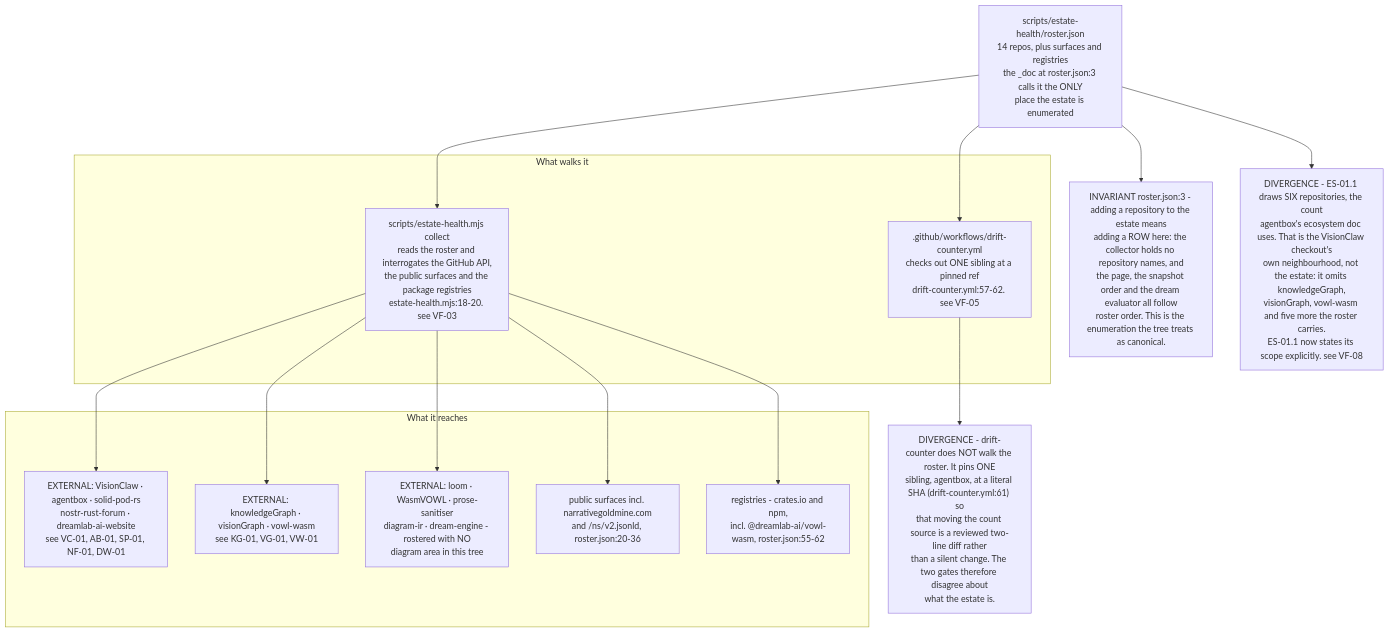
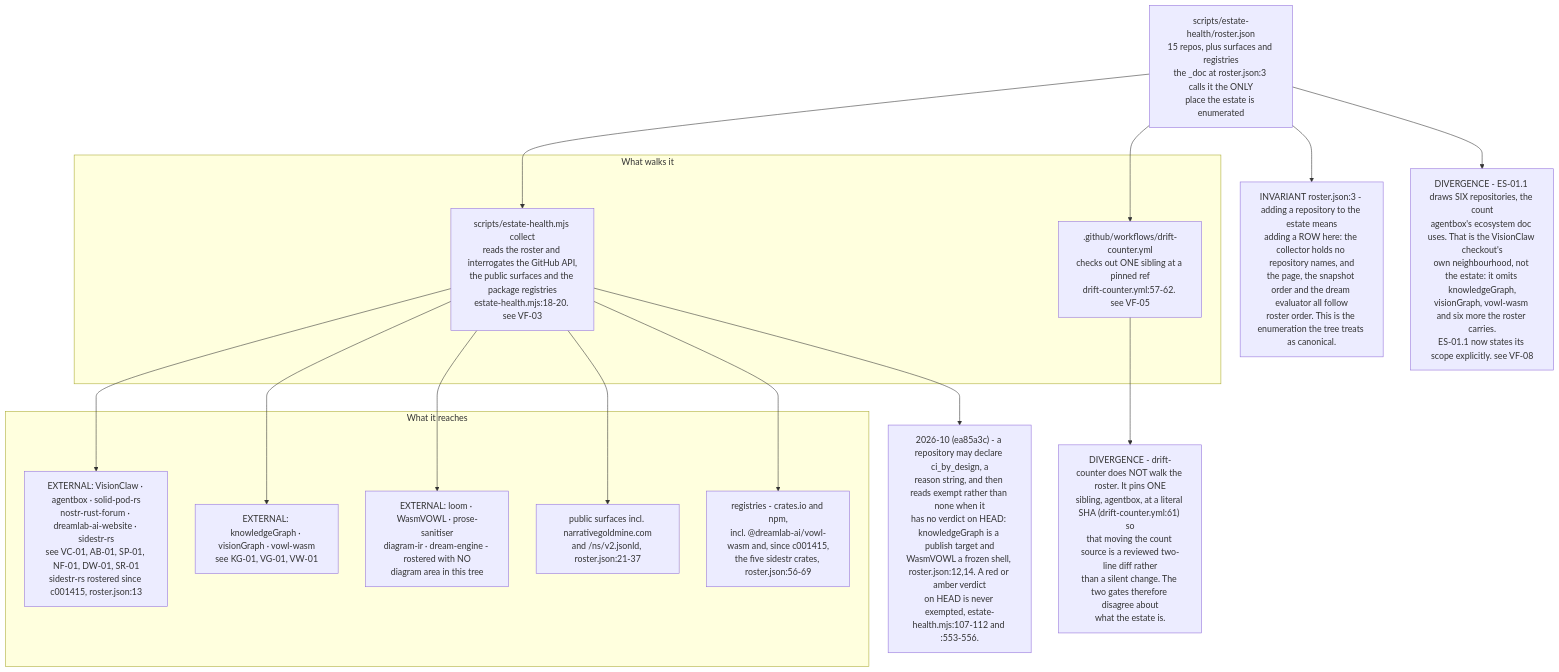
Before and after one commit to DreamLab-AI/VisionFlow: the fifth of 5 diagrams in docs/diagrams/estate/11-publishing-axis.md, drawn with Mermaid. The commit also changed other lines of this file and 94 other files, not shown here.

First line of the commit message:
docs(diagrams): re-verify 130 topics against 2 October HEADs

````diff
--- a/docs/diagrams/estate/11-publishing-axis.md
+++ b/docs/diagrams/estate/11-publishing-axis.md
@@ -133,33 +135,35 @@
 ```mermaid
 flowchart TB
-    ROSTER["scripts/estate-health/roster.json<br/>14 repos, plus surfaces and registries<br/>the _doc at roster.json:3 calls it the ONLY<br/>place the estate is enumerated"]
+    ROSTER["scripts/estate-health/roster.json<br/>15 repos, plus surfaces and registries<br/>the _doc at roster.json:3 calls it the ONLY<br/>place the estate is enumerated"]
 
     subgraph READERS["What walks it"]
         EH["scripts/estate-health.mjs collect<br/>reads the roster and interrogates the GitHub API,<br/>the public surfaces and the package registries<br/>estate-health.mjs:18-20. see VF-03"]
         DC[".github/workflows/drift-counter.yml<br/>checks out ONE sibling at a pinned ref<br/>drift-counter.yml:57-62. see VF-05"]
     end
 
     subgraph TARGETS["What it reaches"]
-        R1["EXTERNAL: VisionClaw · agentbox · solid-pod-rs<br/>nostr-rust-forum · dreamlab-ai-website<br/>see VC-01, AB-01, SP-01, NF-01, DW-01"]
+        R1["EXTERNAL: VisionClaw · agentbox · solid-pod-rs<br/>nostr-rust-forum · dreamlab-ai-website · sidestr-rs<br/>see VC-01, AB-01, SP-01, NF-01, DW-01, SR-01<br/>sidestr-rs rostered since c001415, roster.json:13"]
         R2["EXTERNAL: knowledgeGraph · visionGraph · vowl-wasm<br/>see KG-01, VG-01, VW-01"]
         R3["EXTERNAL: loom · WasmVOWL · prose-sanitiser<br/>diagram-ir · dream-engine - rostered with NO<br/>diagram area in this tree"]
-        SURF["public surfaces incl. narrativegoldmine.com<br/>and /ns/v2.jsonld, roster.json:20-36"]
-        REG["registries - crates.io and npm,<br/>incl. @dreamlab-ai/vowl-wasm, roster.json:55-62"]
+        SURF["public surfaces incl. narrativegoldmine.com<br/>and /ns/v2.jsonld, roster.json:21-37"]
+        REG["registries - crates.io and npm,<br/>incl. @dreamlab-ai/vowl-wasm and, since c001415,<br/>the five sidestr crates, roster.json:56-69"]
     end
 
     ROSTER --> EH
     ROSTER --> DC
     EH --> R1
     EH --> R2
     EH --> R3
     EH --> SURF
     EH --> REG
 
     INV["INVARIANT roster.json:3 - adding a repository to the estate means<br/>adding a ROW here: the collector holds no repository names, and<br/>the page, the snapshot order and the dream evaluator all follow<br/>roster order. This is the enumeration the tree treats as canonical."]
     D1["DIVERGENCE - drift-counter does NOT walk the roster. It pins ONE<br/>sibling, agentbox, at a literal SHA (drift-counter.yml:61) so<br/>that moving the count source is a reviewed two-line diff rather<br/>than a silent change. The two gates therefore disagree about<br/>what the estate is."]
-    D2["DIVERGENCE - ES-01.1 draws SIX repositories, the count<br/>agentbox's ecosystem doc uses. That is the VisionClaw checkout's<br/>own neighbourhood, not the estate: it omits knowledgeGraph,<br/>visionGraph, vowl-wasm and five more the roster carries.<br/>ES-01.1 now states its scope explicitly. see VF-08"]
+    D2["DIVERGENCE - ES-01.1 draws SIX repositories, the count<br/>agentbox's ecosystem doc uses. That is the VisionClaw checkout's<br/>own neighbourhood, not the estate: it omits knowledgeGraph,<br/>visionGraph, vowl-wasm and six more the roster carries.<br/>ES-01.1 now states its scope explicitly. see VF-08"]
 
+    EXEMPT["2026-10 (ea85a3c) - a repository may declare ci_by_design, a<br/>reason string, and then reads exempt rather than none when it<br/>has no verdict on HEAD: knowledgeGraph is a publish target and<br/>WasmVOWL a frozen shell, roster.json:12,14. A red or amber verdict<br/>on HEAD is never exempted, estate-health.mjs:107-112 and :553-556."]
+    EH --> EXEMPT
     ROSTER --> INV
     DC --> D1
     ROSTER --> D2
 ```
````
